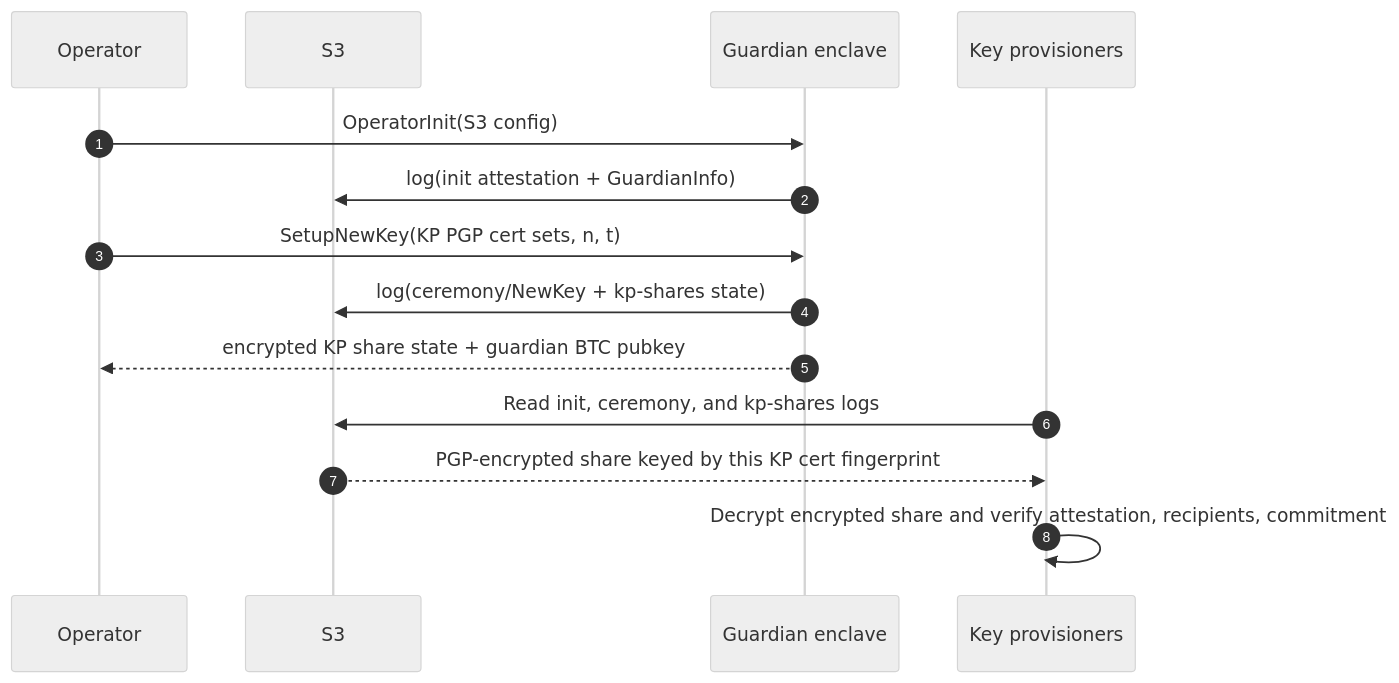
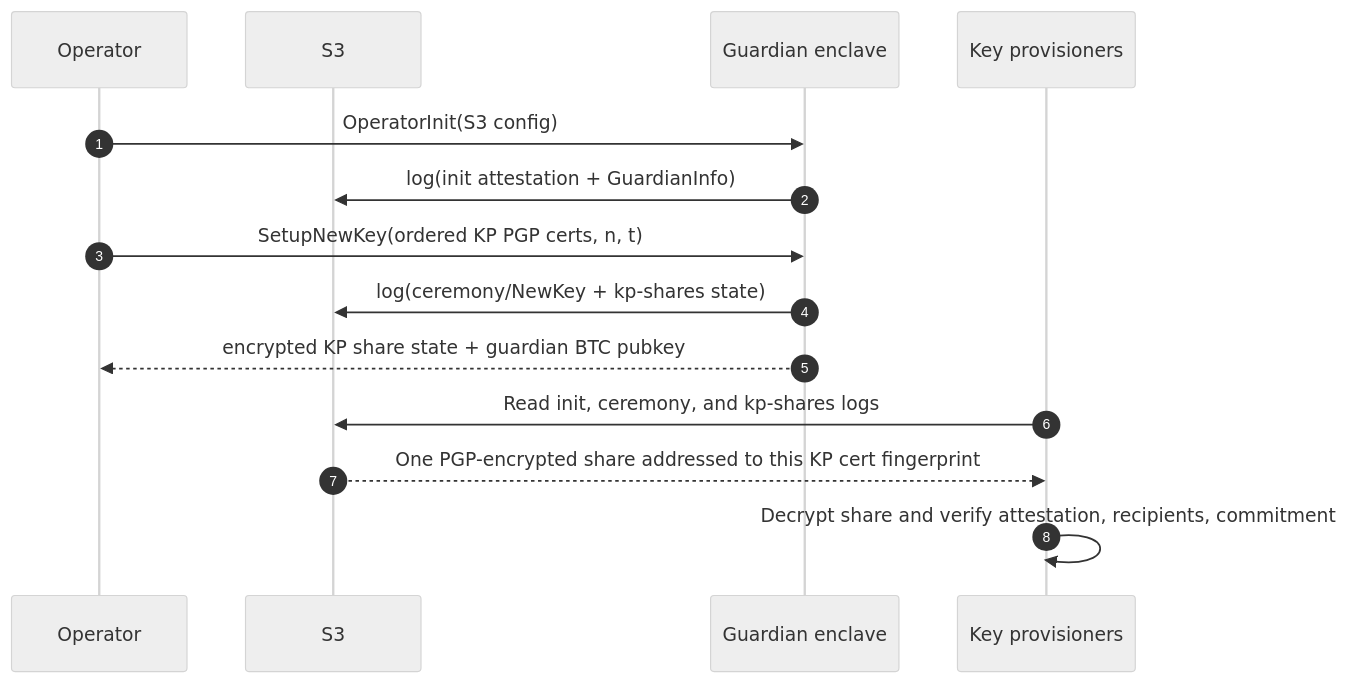
The first of 4 diagrams in design/docs/guardian.mdx (MystenLabs/hashi), drawn with Mermaid (neutral theme) before and after one commit. The commit also changed other lines of this file and 33 other files, not shown here.

````diff
--- a/design/docs/guardian.mdx
+++ b/design/docs/guardian.mdx
@@ -88,19 +88,19 @@
 ```mermaid
 sequenceDiagram
     autonumber
 
     participant Operator
     participant S3
     participant Guardian as Guardian enclave
     participant KPs as Key provisioners
 
     Operator->>Guardian: OperatorInit(S3 config)
     Guardian->>S3: log(init attestation + GuardianInfo)
-    Operator->>Guardian: SetupNewKey(KP PGP cert sets, n, t)
+    Operator->>Guardian: SetupNewKey(ordered KP PGP certs, n, t)
     Guardian->>S3: log(ceremony/NewKey + kp-shares state)
     Guardian-->>Operator: encrypted KP share state + guardian BTC pubkey
 
     KPs->>S3: Read init, ceremony, and kp-shares logs
-    S3-->>KPs: PGP-encrypted share keyed by this KP cert fingerprint
-    KPs->>KPs: Decrypt encrypted share and verify attestation, recipients, commitment
+    S3-->>KPs: One PGP-encrypted share addressed to this KP cert fingerprint
+    KPs->>KPs: Decrypt share and verify attestation, recipients, commitment
 ```
````
